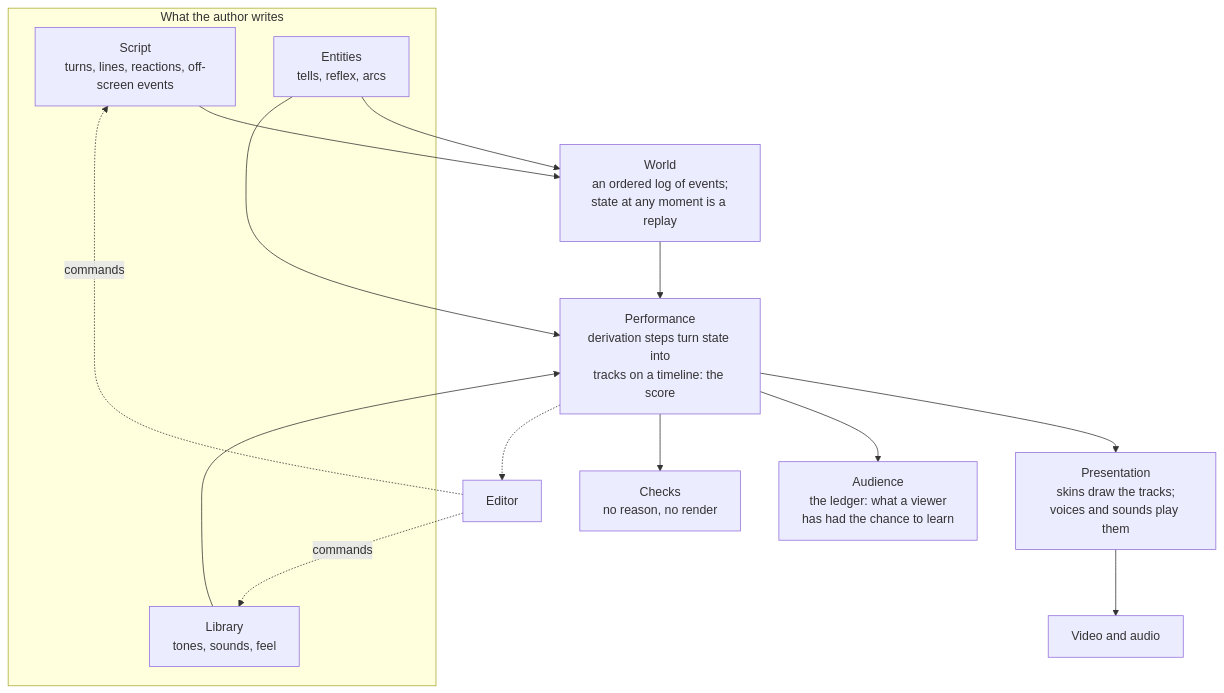
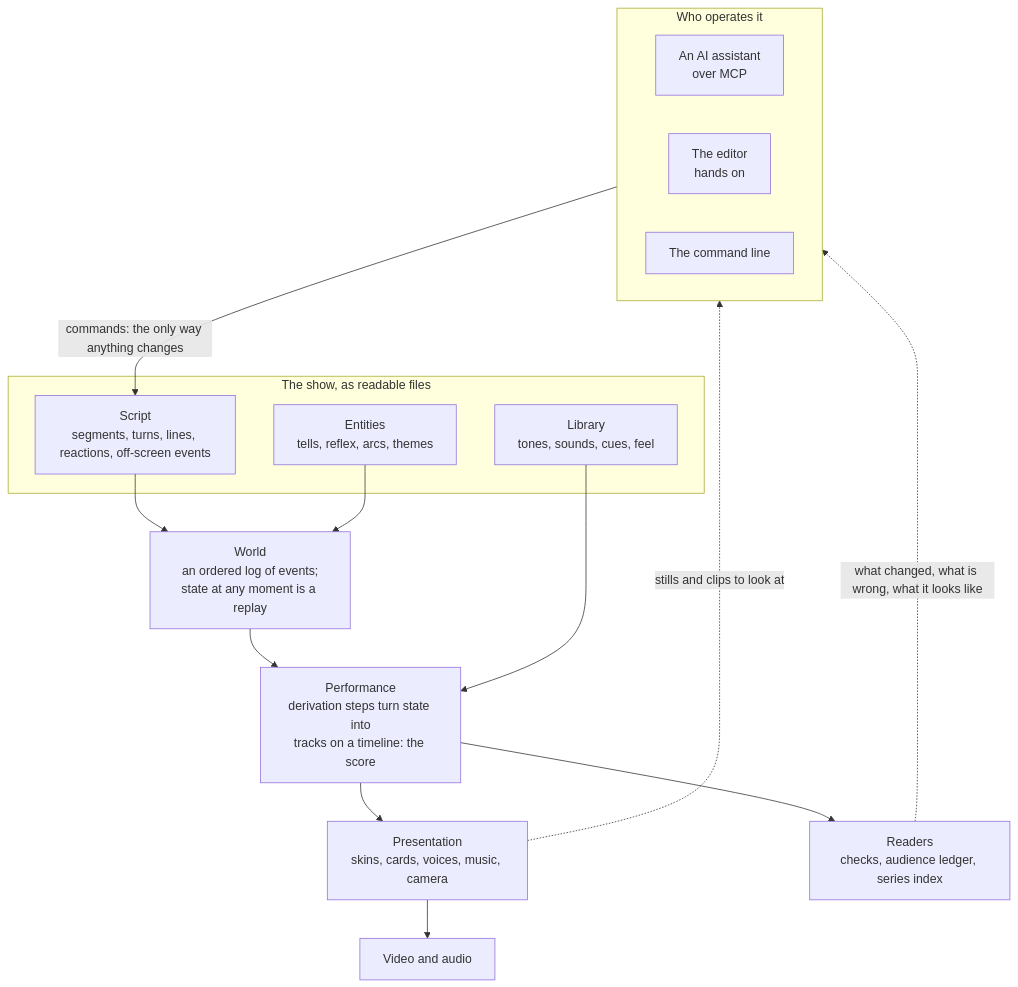
One commit to Shashank-Yallamraju-Official/script-to-screen changed the diagram in docs/architecture.md. Above: the diagram before and after it, drawn with Mermaid. The commit also changed other lines of this file and 3 other files, not shown here.

First line of the commit message:
Design: commands and MCP first, segments and title cards, dramatic events and scoring, the series index

````diff
--- a/docs/architecture.md
+++ b/docs/architecture.md
@@ -19,22 +22,25 @@
 ```mermaid
 flowchart TB
-    subgraph author [What the author writes]
-        S[Script<br/>turns, lines, reactions, off-screen events]
-        E[Entities<br/>tells, reflex, arcs]
-        L[Library<br/>tones, sounds, feel]
+    subgraph ops [Who operates it]
+        AI[An AI assistant<br/>over MCP]
+        ED[The editor<br/>hands on]
+        CLI[The command line]
+    end
+    ops -->|commands: the only way anything changes| S
+    subgraph files [The show, as readable files]
+        S[Script<br/>segments, turns, lines, reactions, off-screen events]
+        E[Entities<br/>tells, reflex, arcs, themes]
+        L[Library<br/>tones, sounds, cues, feel]
     end
     S --> W
     E --> W
     W[World<br/>an ordered log of events;<br/>state at any moment is a replay]
     W --> P
-    E --> P
     L --> P
     P[Performance<br/>derivation steps turn state into<br/>tracks on a timeline: the score]
-    P --> R[Presentation<br/>skins draw the tracks;<br/>voices and sounds play them]
-    P --> A[Audience<br/>the ledger: what a viewer<br/>has had the chance to learn]
-    P --> C[Checks<br/>no reason, no render]
+    P --> R[Presentation<br/>skins, cards, voices, music, camera]
     R --> V[Video and audio]
-    P -.-> ED[Editor]
-    ED -.->|commands| S
-    ED -.->|commands| L
+    P --> RD[Readers<br/>checks, audience ledger, series index]
+    RD -.->|what changed, what is wrong, what it looks like| ops
+    R -.->|stills and clips to look at| ops
 ```
````
